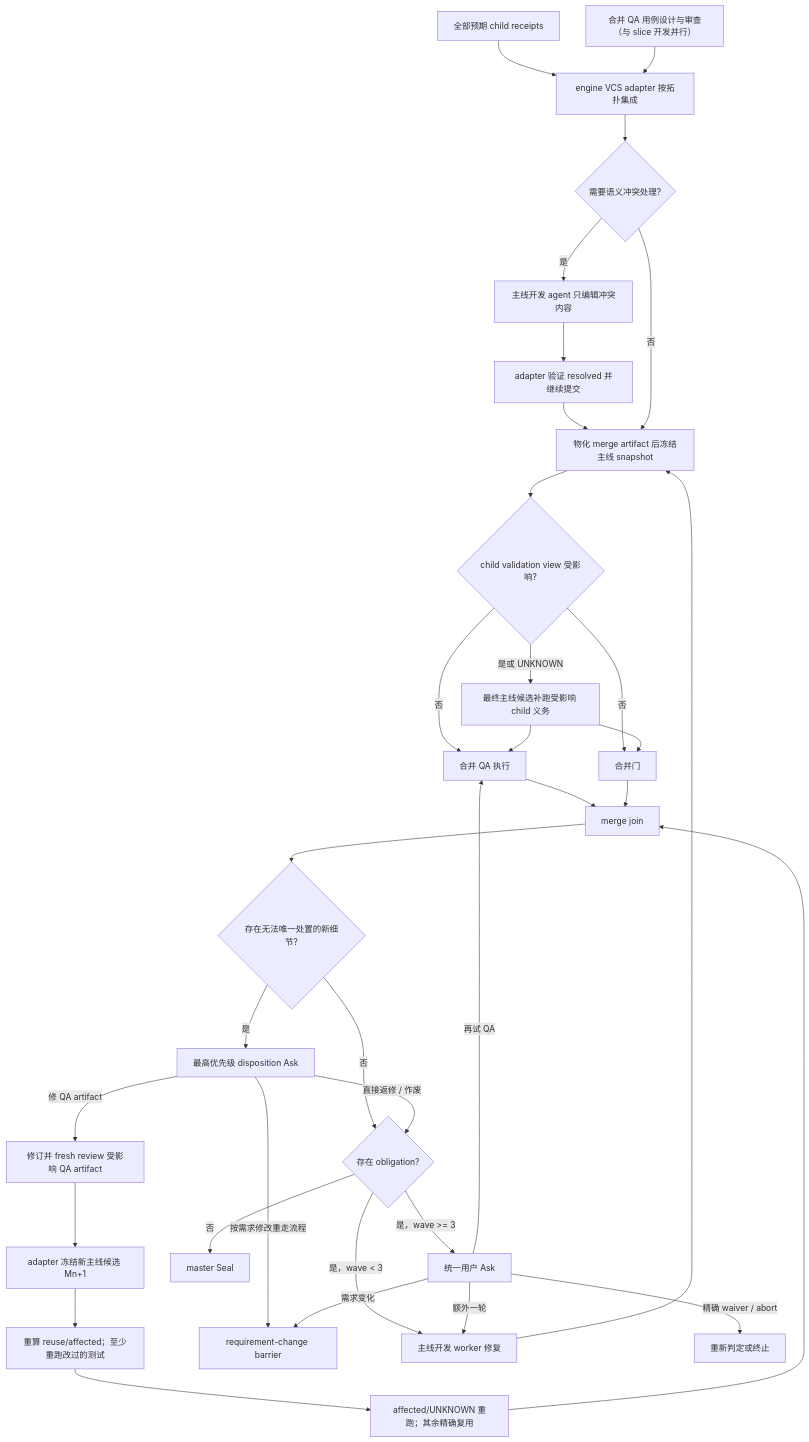
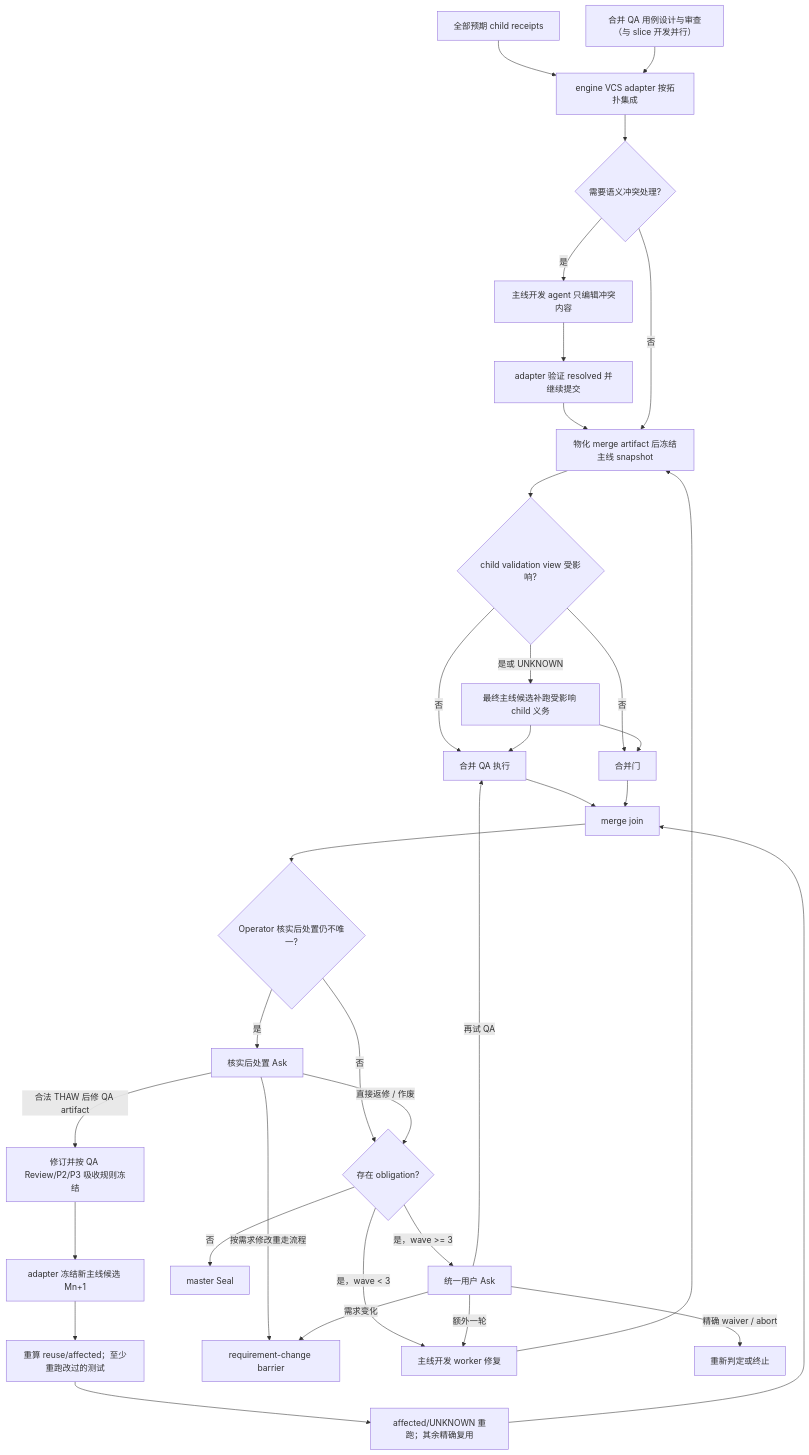
The diagram in refactor-plan/final-implementation-draft.md (DiracSea12/formal-gates), drawn with Mermaid before and after one commit. The commit also changed other lines of this file and 88 other files, not shown here.

````diff
--- a/refactor-plan/final-implementation-draft.md
+++ b/refactor-plan/final-implementation-draft.md
@@ -452,36 +444,36 @@
 ```mermaid
 flowchart TD
     C["全部预期 child receipts"] --> I["engine VCS adapter 按拓扑集成"]
     MQD["合并 QA 用例设计与审查（与 slice 开发并行）"] --> I
     I --> IC{"需要语义冲突处理?"}
     IC -- "是" --> CR["主线开发 agent 只编辑冲突内容"]
     CR --> CV["adapter 验证 resolved 并继续提交"]
     CV --> MS
     IC -- "否" --> MS["物化 merge artifact 后冻结主线 snapshot"]
     MS --> AC{"child validation view 受影响?"}
     AC -- "否" --> MQE["合并 QA 执行"]
     AC -- "否" --> MG["合并门"]
     AC -- "是或 UNKNOWN" --> CRV["最终主线候选补跑受影响 child 义务"]
     CRV --> MQE
     CRV --> MG
     MQE --> MJ["merge join"]
     MG --> MJ
-    MJ --> MUD{"存在无法唯一处置的新细节?"}
+    MJ --> MUD{"Operator 核实后处置仍不唯一?"}
     MUD -- "否" --> MO{"存在 obligation?"}
-    MUD -- "是" --> MVA["最高优先级 disposition Ask"]
+    MUD -- "是" --> MVA["核实后处置 Ask"]
     MVA -- "直接返修 / 作废" --> MO
-    MVA -- "修 QA artifact" --> MQR["修订并 fresh review 受影响 QA artifact"]
+    MVA -- "合法 THAW 后修 QA artifact" --> MQR["修订并按 QA Review/P2/P3 吸收规则冻结"]
     MQR --> MFC["adapter 冻结新主线候选 Mn+1"]
     MFC --> MRS["重算 reuse/affected；至少重跑改过的测试"]
     MRS --> MRJ["affected/UNKNOWN 重跑；其余精确复用"]
     MRJ --> MJ
     MVA -- "按需求修改重走流程" --> MRC["requirement-change barrier"]
     MO -- "否" --> FS["master Seal"]
     MO -- "是，wave < 3" --> MR["主线开发 worker 修复"]
     MR --> MS
     MO -- "是，wave >= 3" --> MA["统一用户 Ask"]
     MA -- "额外一轮" --> MR
     MA -- "再试 QA" --> MQE
     MA -- "需求变化" --> MRC
     MA -- "精确 waiver / abort" --> ME["重新判定或终止"]
 ```
````
